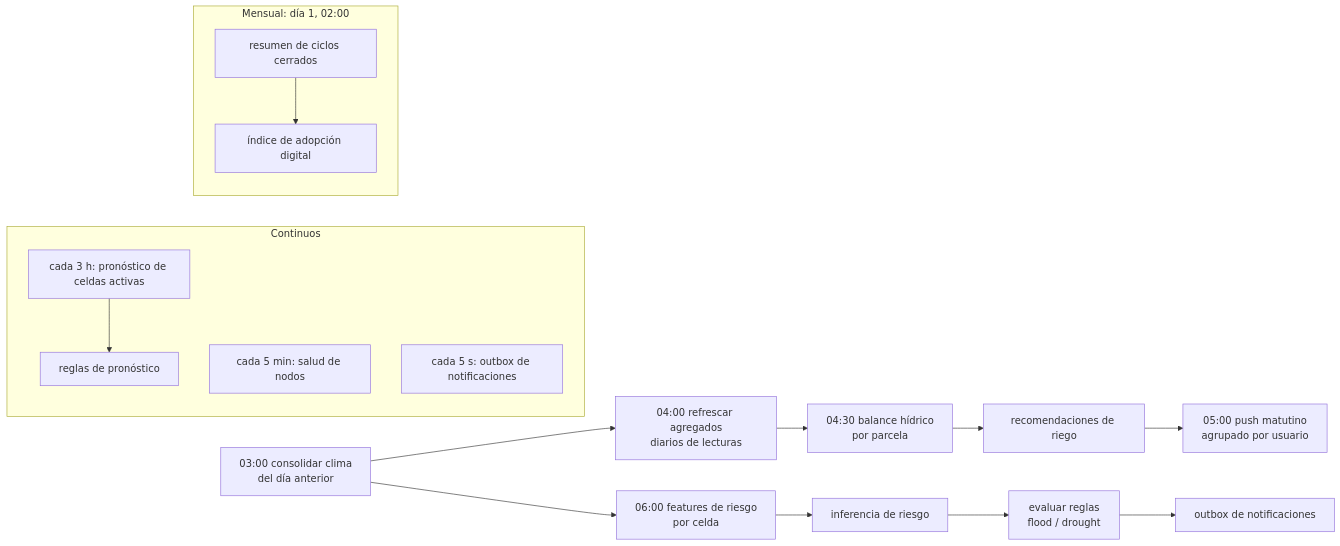
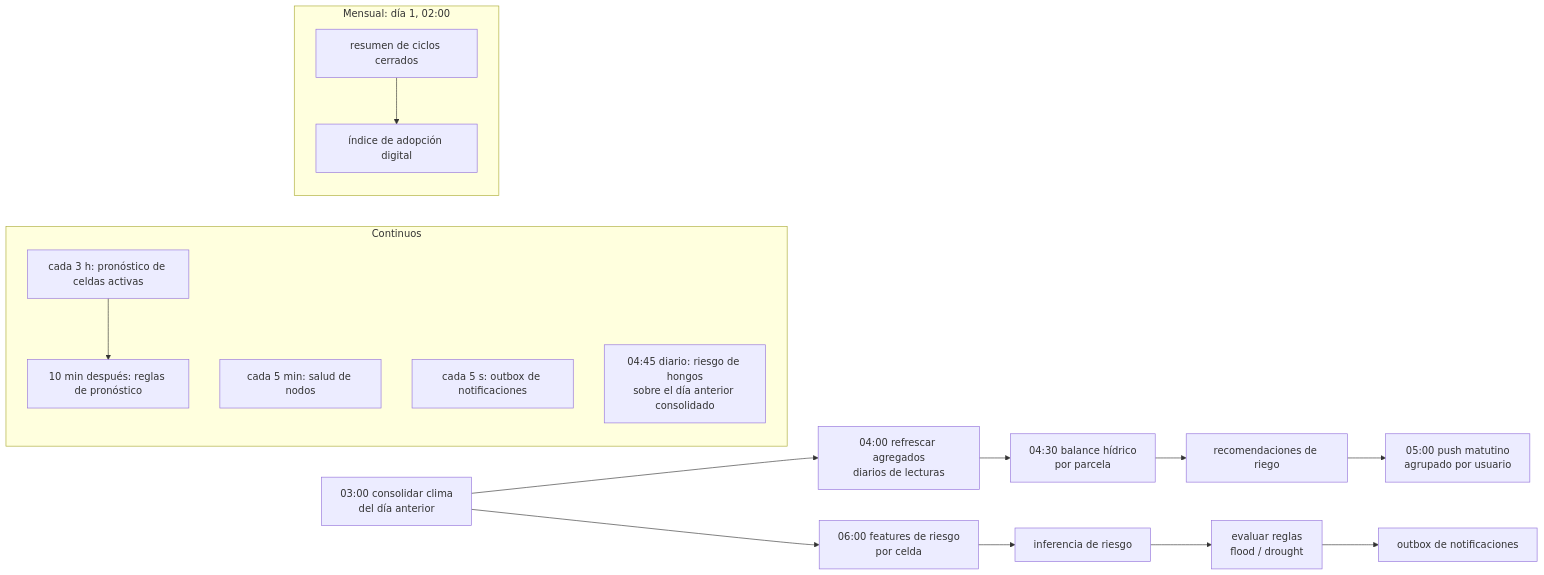
The third of 3 diagrams in docs/10-dag.md (jab16jy/techcamp-v2), drawn with Mermaid before and after one commit. The commit also changed other lines of this file and 13 other files, not shown here.

````diff
--- a/docs/10-dag.md
+++ b/docs/10-dag.md
@@ -158,21 +158,22 @@
 ```mermaid
 flowchart LR
   a[03:00 consolidar clima<br/>del día anterior] --> b[04:00 refrescar agregados<br/>diarios de lecturas]
   b --> c[04:30 balance hídrico<br/>por parcela]
   c --> d[recomendaciones de riego]
   d --> e[05:00 push matutino<br/>agrupado por usuario]
   a --> f[06:00 features de riesgo<br/>por celda]
   f --> g[inferencia de riesgo]
   g --> h[evaluar reglas<br/>flood / drought]
   h --> i[outbox de notificaciones]
 
   subgraph continuos [Continuos]
-    k[cada 3 h: pronóstico de celdas activas] --> l[reglas de pronóstico]
+    k[cada 3 h: pronóstico de celdas activas] --> l[10 min después: reglas de pronóstico]
     m[cada 5 min: salud de nodos]
     n[cada 5 s: outbox de notificaciones]
+    q[04:45 diario: riesgo de hongos<br/>sobre el día anterior consolidado]
   end
 
   subgraph mensual [Mensual: día 1, 02:00]
     o[resumen de ciclos cerrados] --> p[índice de adopción digital]
   end
 ```
````
